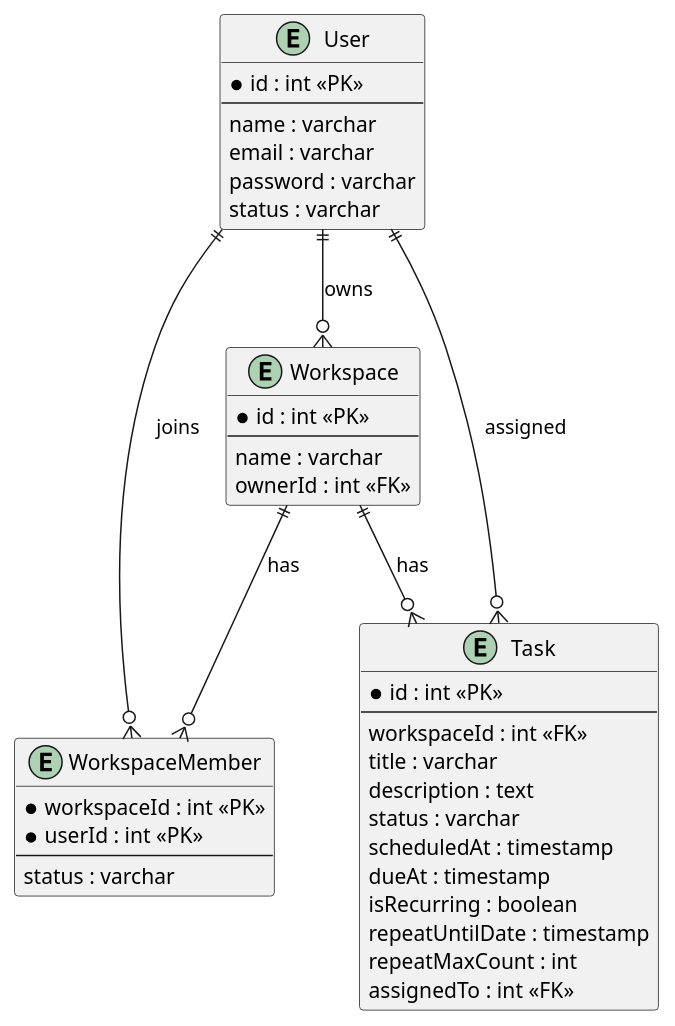
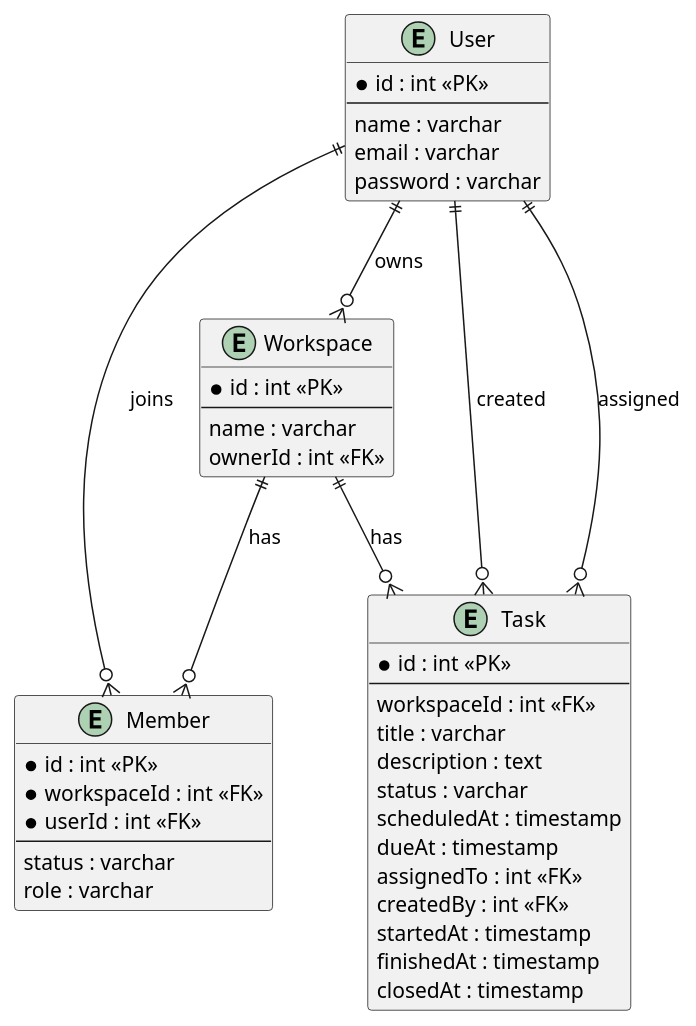
The diagram in docs/erd.puml (davidimannuel/uwika_task_tracker), drawn with PlantUML before and after one commit. The commit also changed other lines of this file and 58 other files, not shown here.

```diff
--- a/docs/erd.puml
+++ b/docs/erd.puml
@@ -1,48 +2,55 @@
 @startuml task_tracker_erd
 
 entity User {
     * id : int <<PK>>
     --
     name : varchar
     email : varchar
     password : varchar
-    status : varchar
 }
 
 entity Workspace {
     * id : int <<PK>>
     --
     name : varchar
     ownerId : int <<FK>>
 }
 
-entity WorkspaceMember {
-    * workspaceId : int <<PK>>
-    * userId : int <<PK>>
+entity Member {
+    * id : int <<PK>>
+    * workspaceId : int <<FK>>
+    * userId : int <<FK>>
     --
     status : varchar
+    role : varchar
 }
 
 entity Task {
     * id : int <<PK>>
     --
     workspaceId : int <<FK>>
     title : varchar
     description : text
     status : varchar
     scheduledAt : timestamp
     dueAt : timestamp
-    isRecurring : boolean
-    repeatUntilDate : timestamp
-    repeatMaxCount : int
     assignedTo : int <<FK>>
+    createdBy : int <<FK>>
+    startedAt : timestamp
+    finishedAt : timestamp
+    closedAt : timestamp
 }
 
 ' Relationships
+' Zero or One	|o--
+' Exactly One	||--
+' Zero or Many	}o--
+' One or Many	}|--
 User ||--o{ Workspace : owns
-User ||--o{ WorkspaceMember : joins
-Workspace ||--o{ WorkspaceMember : has
+User ||--o{ Member : joins
+Workspace ||--o{ Member : has
 Workspace ||--o{ Task : has
 User ||--o{ Task : assigned
+User ||--o{ Task : created
 
 @enduml
```
